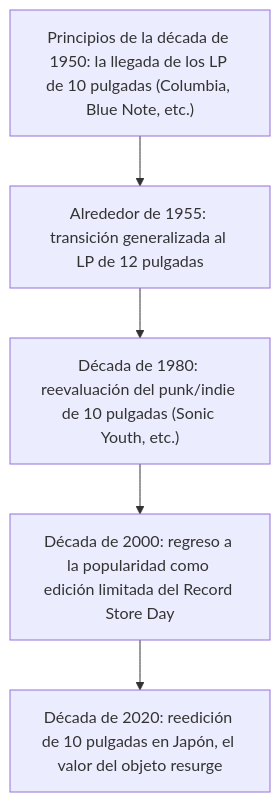
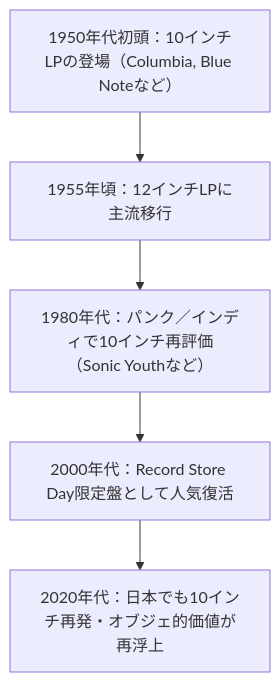
The diagram in es/_posts/2025-10-11-Colum-10-Inch-Vinyl.md (monumental-movement/monumental-movement.github.io), drawn with Mermaid before and after one commit. The commit also changed other lines of this file and 299 other files, not shown here.

```diff
--- a/es/_posts/2025-10-11-Colum-10-Inch-Vinyl.md
+++ b/es/_posts/2025-10-11-Colum-10-Inch-Vinyl.md
@@ -132,13 +132,13 @@
 <div class="mermaid">
 
 flowchart TD
-A1950["Principios de la década de 1950: la llegada de los LP de 10 pulgadas (Columbia, Blue Note, etc.)"]
-A1955["Alrededor de 1955: transición generalizada al LP de 12 pulgadas"]
-A1980["Década de 1980: reevaluación del punk/indie de 10 pulgadas (Sonic Youth, etc.)"]
-A2000["Década de 2000: regreso a la popularidad como edición limitada del Record Store Day"]
-A2020["Década de 2020: reedición de 10 pulgadas en Japón, el valor del objeto resurge"]
+A1950["1950年代初頭：10インチLPの登場（Columbia, Blue Noteなど）"]
+A1955["1955年頃：12インチLPに主流移行"]
+A1980["1980年代：パンク／インディで10インチ再評価（Sonic Youthなど）"]
+A2000["2000年代：Record Store Day限定盤として人気復活"]
+A2020["2020年代：日本でも10インチ再発・オブジェ的価値が再浮上"]
 
     A1950 --> A1955 --> A1980 --> A2000 --> A2020
 
 
 </div>
```
